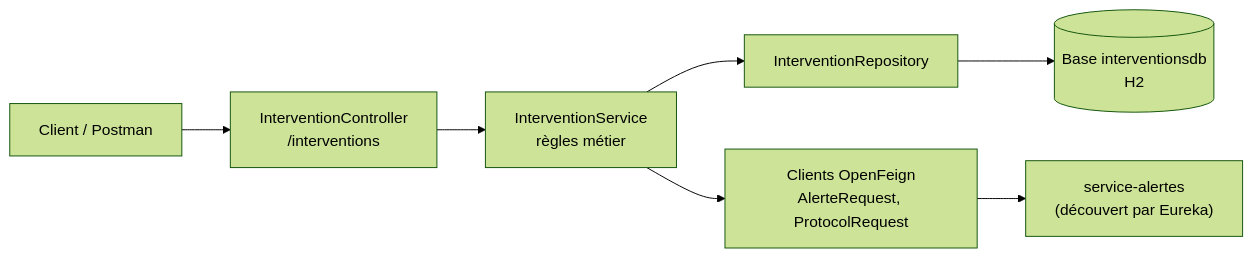
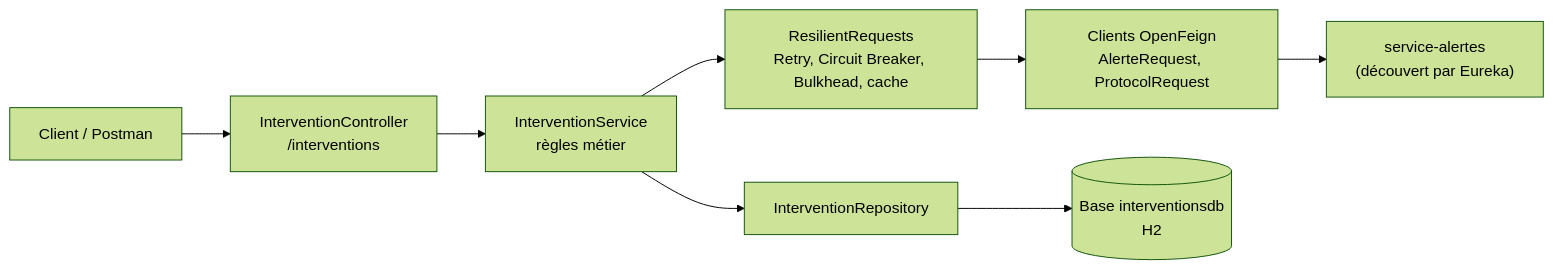
The diagram in service-interventions/README.md (labriguiOumaima/Tele_Care), drawn with Mermaid (forest theme) before and after one commit. The commit also changed other lines of this file and 8 other files, not shown here.

Commit message:
jalon v6.0 : resilience Retry Circuit Breaker Bulkhead cache RateLimiter

````diff
--- a/service-interventions/README.md
+++ b/service-interventions/README.md
@@ -30,9 +30,10 @@
 ```mermaid
 flowchart LR
     Client["Client / Postman"] --> C["InterventionController<br/>/interventions"]
     C --> S["InterventionService<br/>règles métier"]
     S --> R["InterventionRepository"]
-    S --> F["Clients OpenFeign<br/>AlerteRequest, ProtocolRequest"]
+    S --> Z["ResilientRequests<br/>Retry, Circuit Breaker, Bulkhead, cache"]
+    Z --> F["Clients OpenFeign<br/>AlerteRequest, ProtocolRequest"]
     F --> A["service-alertes<br/>(découvert par Eureka)"]
     R --> DB[("Base interventionsdb<br/>H2")]
 ```
````
